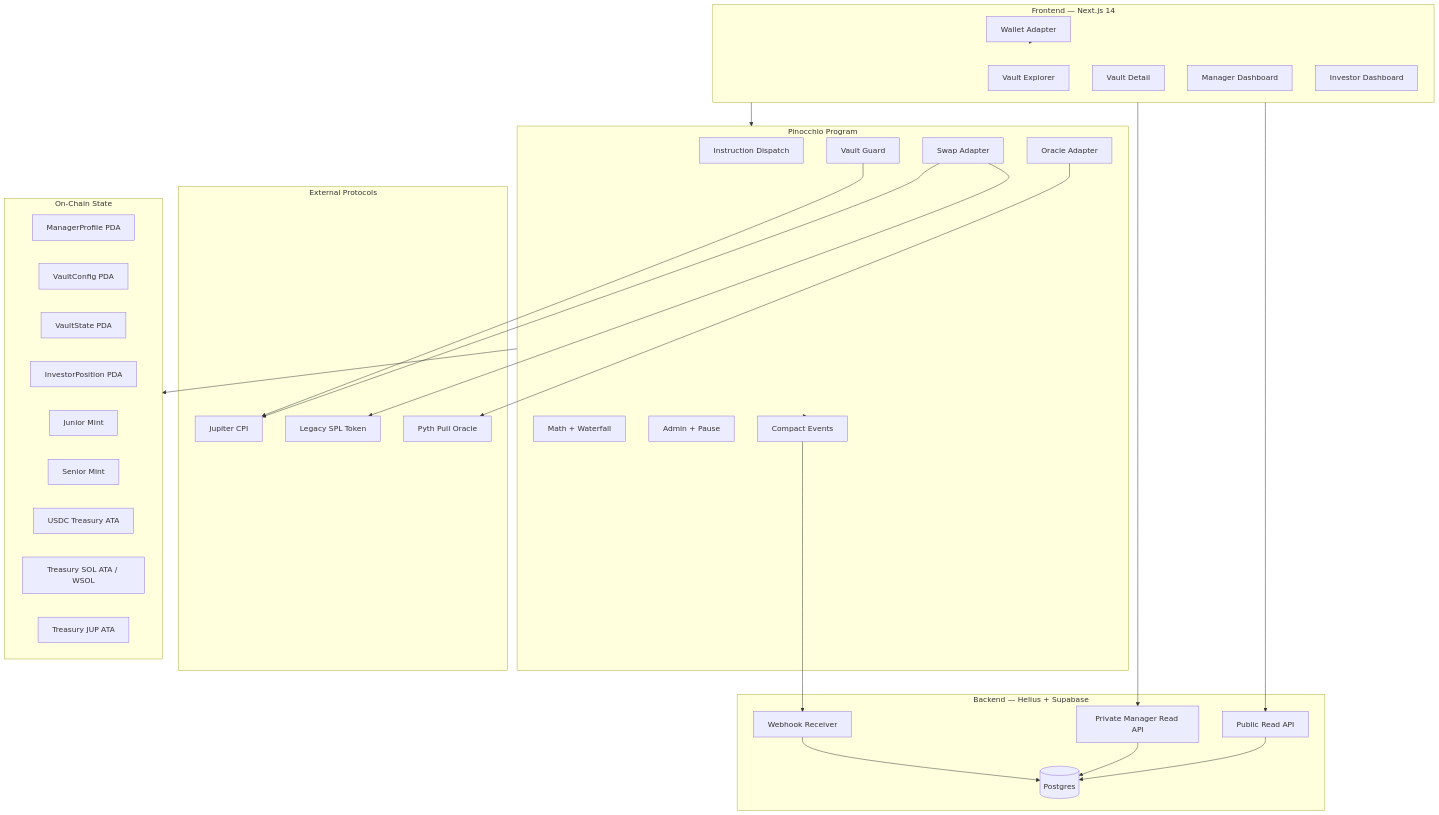
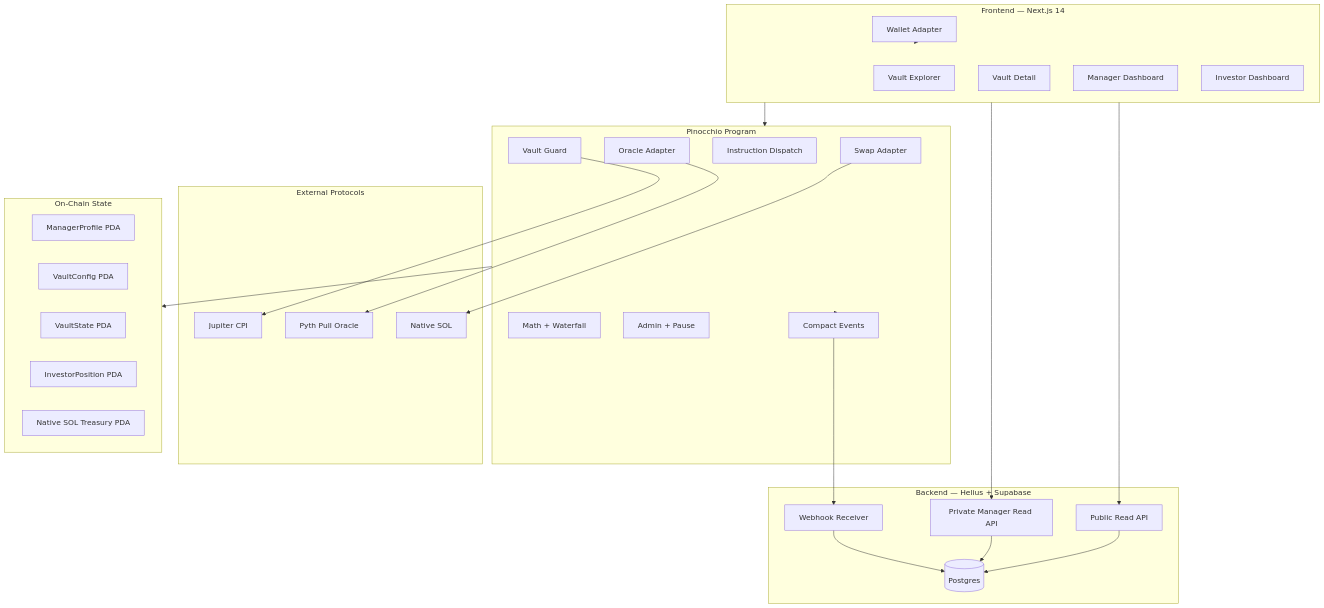
Before and after one commit to Molten-Labs/Arcadia: the first of 4 diagrams in context/arc_v2.md, drawn with Mermaid. The commit also changed other lines of this file and 17 other files, not shown here.

````diff
--- a/context/arc_v2.md
+++ b/context/arc_v2.md
@@ -29,60 +29,55 @@
 ```mermaid
 graph TB
     subgraph FRONTEND["Frontend — Next.js 14"]
         HOME[Vault Explorer]
         VD[Vault Detail]
         MD[Manager Dashboard]
         ID[Investor Dashboard]
         WA[Wallet Adapter]
     end
 
     subgraph BACKEND["Backend — Helius + Supabase"]
         WH[Webhook Receiver]
         DB[(Postgres)]
         PUB[Public Read API]
         PRIV[Private Manager Read API]
     end
 
     subgraph PROGRAM["Pinocchio Program"]
         DISP[Instruction Dispatch]
         GUARD[Vault Guard]
         MATH[Math + Waterfall]
         SWAP[Swap Adapter]
         ORACLE[Oracle Adapter]
         ADMIN[Admin + Pause]
         EVENTS[Compact Events]
     end
 
     subgraph EXTERNAL["External Protocols"]
         JUP[Jupiter CPI]
         PYTH[Pyth Pull Oracle]
-        SPL[Legacy SPL Token]
+        SOL[Native SOL]
     end
 
     subgraph STORAGE["On-Chain State"]
         MP[ManagerProfile PDA]
         VC[VaultConfig PDA]
         VS[VaultState PDA]
         IP[InvestorPosition PDA]
-        JM[Junior Mint]
-        SM[Senior Mint]
-        TU[USDC Treasury ATA]
-        TS[Treasury SOL ATA / WSOL]
-        TJ[Treasury JUP ATA]
+        TP[Native SOL Treasury PDA]
     end
 
     WA --> FRONTEND
     FRONTEND --> PUB
     FRONTEND --> PRIV
     PUB --> DB
     PRIV --> DB
     WH --> DB
     PROGRAM --> EVENTS
     EVENTS --> WH
     FRONTEND --> PROGRAM
     PROGRAM --> STORAGE
     GUARD --> JUP
     ORACLE --> PYTH
-    SWAP --> SPL
-    SWAP --> JUP
+    SWAP --> SOL
 ```
````
